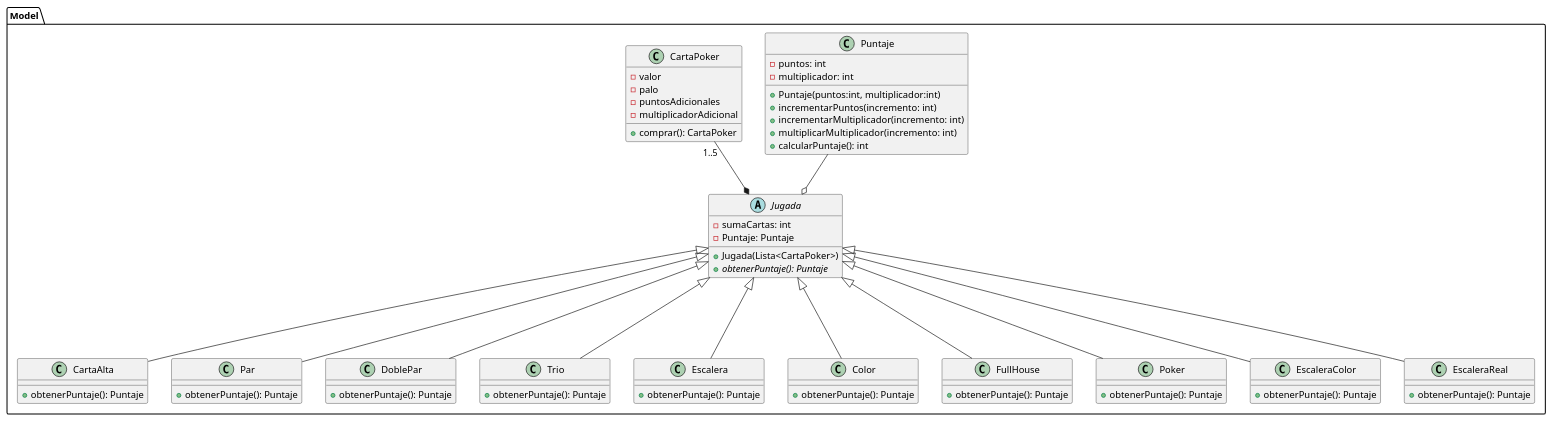
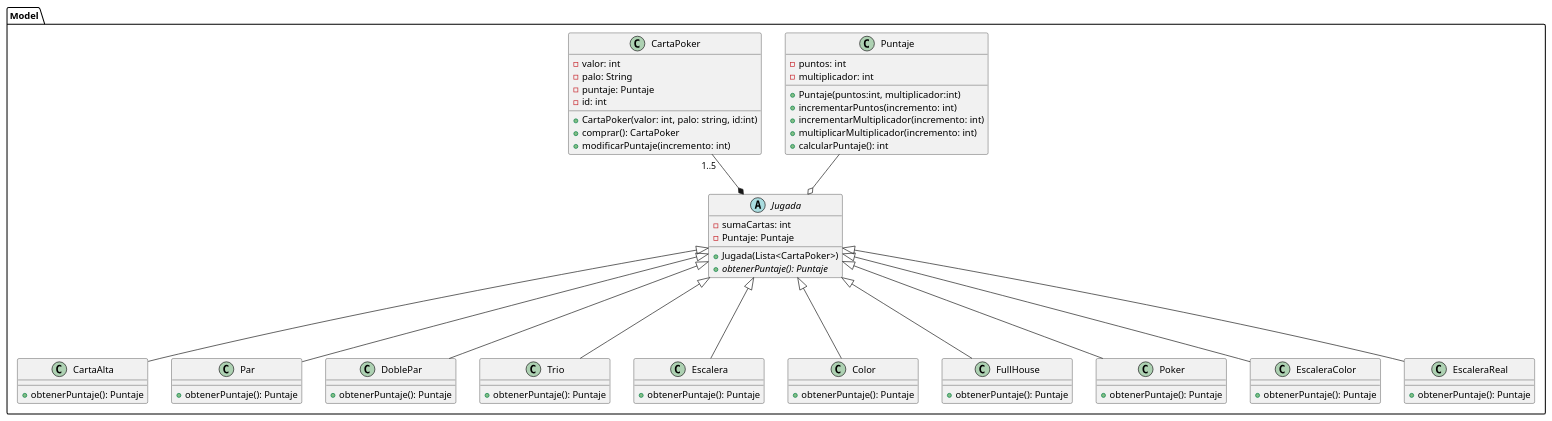
Before and after one commit to carruizdiaz1109/UBAlatro: the diagram in diagrams/classes/clasesBalatro4.puml, drawn with PlantUML. The commit also changed 5 other files, not shown here.

Commit message:
Carta poker agrego atributo id

```diff
--- a/diagrams/classes/clasesBalatro4.puml
+++ b/diagrams/classes/clasesBalatro4.puml
@@ -1,84 +1,86 @@
 @startuml
 package Model {
 
     class Puntaje {
         - puntos: int
         - multiplicador: int
         + Puntaje(puntos:int, multiplicador:int)
         + incrementarPuntos(incremento: int)
         + incrementarMultiplicador(incremento: int)
         + multiplicarMultiplicador(incremento: int)
         + calcularPuntaje(): int
     }
 
     class CartaPoker {
-        - valor
-        - palo
-        - puntosAdicionales
-        - multiplicadorAdicional
+        - valor: int
+        - palo: String
+        - puntaje: Puntaje
+        - id: int
+        + CartaPoker(valor: int, palo: string, id:int)
         + comprar(): CartaPoker
+        + modificarPuntaje(incremento: int)
     }
 
     abstract class Jugada {
         - sumaCartas: int
         - Puntaje: Puntaje
         + Jugada(Lista<CartaPoker>)
         + {abstract} obtenerPuntaje(): Puntaje
     }
 
     class CartaAlta {
         + obtenerPuntaje(): Puntaje
     }
 
     class Par {
     + obtenerPuntaje(): Puntaje
     }
 
     class DoblePar {
     + obtenerPuntaje(): Puntaje
     }
 
     class Trio {
     + obtenerPuntaje(): Puntaje
     }
 
     class Escalera {
     + obtenerPuntaje(): Puntaje
     }
 
     class Color {
     + obtenerPuntaje(): Puntaje
     }
 
     class FullHouse {
     + obtenerPuntaje(): Puntaje
     }
 
     class Poker {
     + obtenerPuntaje(): Puntaje
     }
 
     class EscaleraColor {
     + obtenerPuntaje(): Puntaje
     }
 
     class EscaleraReal {
     + obtenerPuntaje(): Puntaje
     }
 
     Jugada *-up- "1..5"CartaPoker
     Jugada o-up- Puntaje
 
     CartaAlta -up--|> Jugada
     Par -up--|> Jugada
     DoblePar -up--|> Jugada
     Trio -up--|> Jugada
     Escalera -up--|> Jugada
     Color -up--|> Jugada
     FullHouse -up--|> Jugada
     Poker -up--|> Jugada
     EscaleraColor -up--|> Jugada
     EscaleraReal -up--|> Jugada
     }
 }
 @enduml
```
